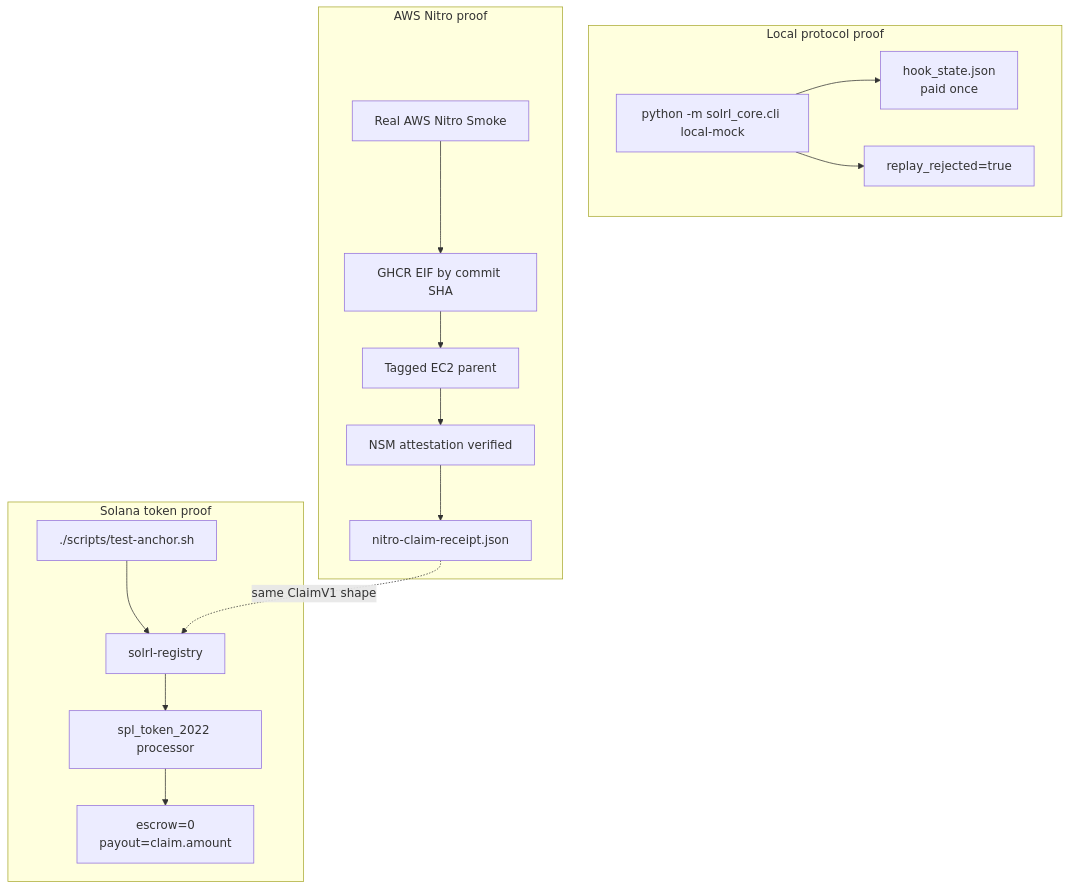
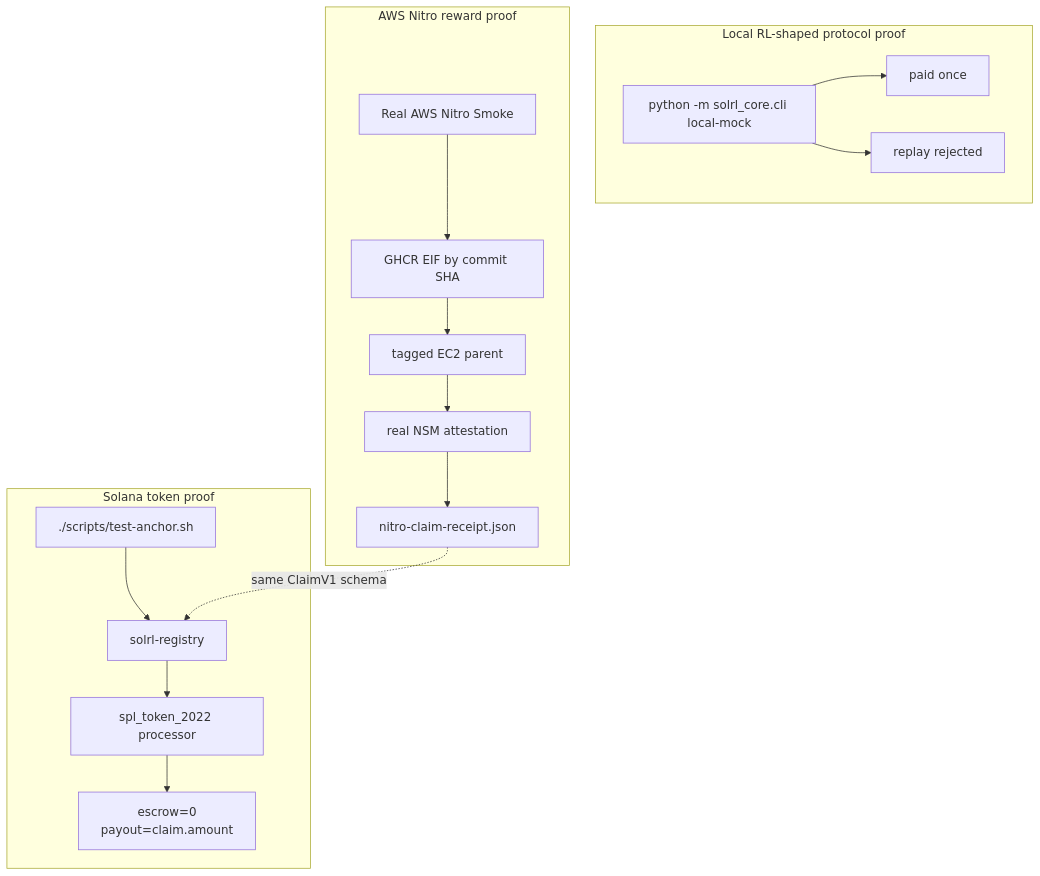
The ninth of 13 diagrams in why.md (arakoodev/SolRL), drawn with Mermaid before and after one commit. The commit also changed other lines of this file and 1 other file, not shown here.

````diff
--- a/why.md
+++ b/why.md
@@ -189,34 +269,34 @@
 ```mermaid
 flowchart TB
-    subgraph local["Local protocol proof"]
+    subgraph local["Local RL-shaped protocol proof"]
         LM["python -m solrl_core.cli local-mock"]
-        LEDGER["hook_state.json<br/>paid once"]
-        REPLAY["replay_rejected=true"]
-        LM --> LEDGER
-        LM --> REPLAY
+        Paid["paid once"]
+        Replay["replay rejected"]
+        LM --> Paid
+        LM --> Replay
     end
 
     subgraph chain["Solana token proof"]
-        ANCHOR["./scripts/test-anchor.sh"]
-        REG["solrl-registry"]
+        Test["./scripts/test-anchor.sh"]
+        Registry["solrl-registry"]
         SPL["spl_token_2022 processor"]
-        BAL["escrow=0<br/>payout=claim.amount"]
-        ANCHOR --> REG
-        REG --> SPL
-        SPL --> BAL
+        Balance["escrow=0<br/>payout=claim.amount"]
+        Test --> Registry
+        Registry --> SPL
+        SPL --> Balance
     end
 
-    subgraph nitro["AWS Nitro proof"]
+    subgraph nitro["AWS Nitro reward proof"]
         GHA["Real AWS Nitro Smoke"]
         EIF["GHCR EIF by commit SHA"]
-        AWS["Tagged EC2 parent"]
-        ATTEST["NSM attestation verified"]
-        CLAIM["nitro-claim-receipt.json"]
+        EC2["tagged EC2 parent"]
+        NSMProof["real NSM attestation"]
+        Receipt["nitro-claim-receipt.json"]
         GHA --> EIF
-        EIF --> AWS
-        AWS --> ATTEST
-        ATTEST --> CLAIM
+        EIF --> EC2
+        EC2 --> NSMProof
+        NSMProof --> Receipt
     end
 
-    CLAIM -. "same ClaimV1 shape" .-> REG
+    Receipt -. "same ClaimV1 schema" .-> Registry
 ```
````
